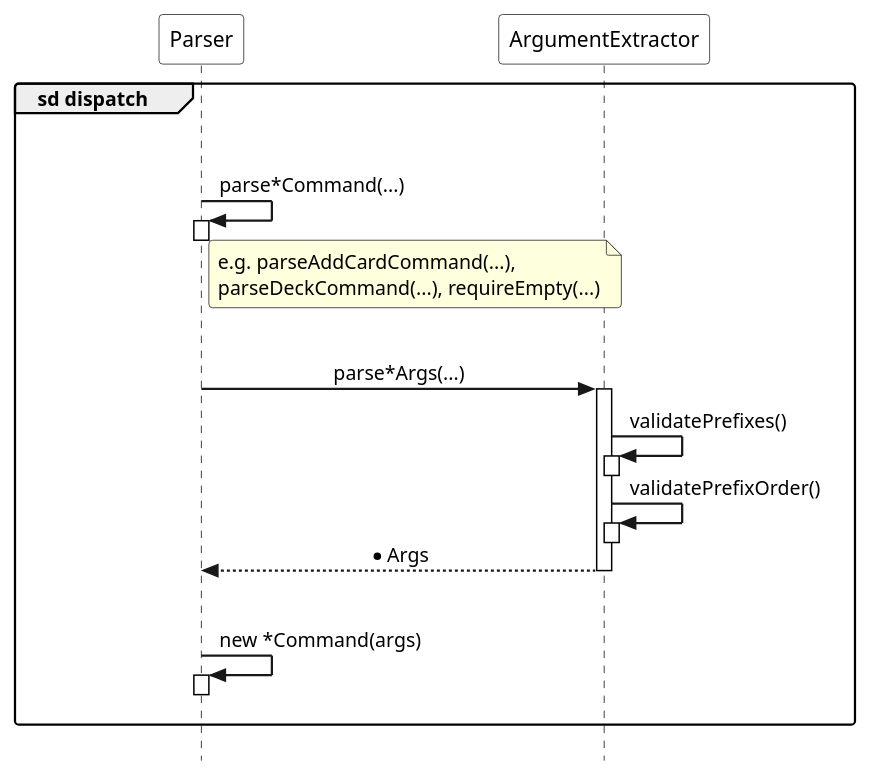
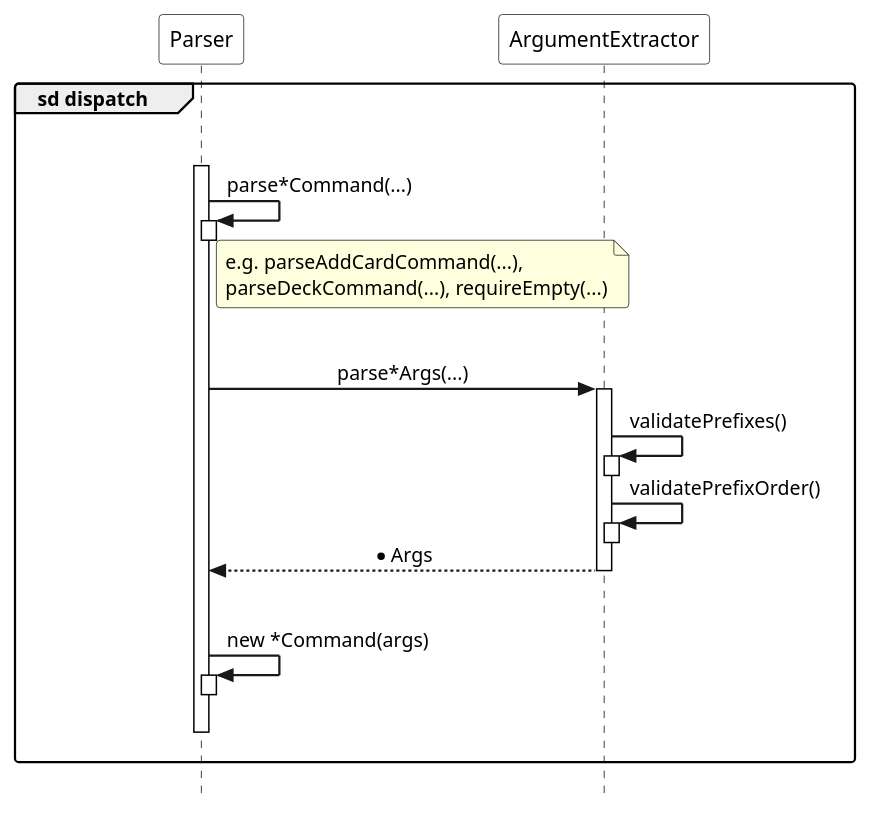
Before and after one commit to Advait-B/tp: the diagram in docs/diagrams/parser-dispatch.puml, drawn with PlantUML.

Commit message:
Add full activation bar in parser-dispatch.puml to show the self-invocation call more clearly

```diff
--- a/docs/diagrams/parser-dispatch.puml
+++ b/docs/diagrams/parser-dispatch.puml
@@ -1,48 +1,53 @@
 @startuml parser_dispatch
 !pragma teoz true
 hide footbox
 skinparam sequenceMessageAlign center
 skinparam ParticipantPadding 80
 skinparam style strictuml
 skinparam SequenceGroupBodyBackgroundColor transparent
 skinparam SequenceReferenceBackgroundColor white
 skinparam sequenceArrowThickness 1.5
 skinparam roundcorner 5
 skinparam SequenceBoxBackgroundColor transparent
 skinparam sequenceParticipantBackgroundColor white
 skinparam sequenceLifeLineBorderColor black
 
 hide unlinked
 
 group sd dispatch
     |||
+    activate Parser
+
     Parser -> Parser : parse*Command(...)
     activate Parser
     deactivate Parser
 
     note right of Parser : e.g. parseAddCardCommand(...),\nparseDeckCommand(...), requireEmpty(...)
 
     |||
 
     Parser -> ArgumentExtractor : parse*Args(...)
     activate ArgumentExtractor
 
     ArgumentExtractor -> ArgumentExtractor : validatePrefixes()
     activate ArgumentExtractor
     deactivate ArgumentExtractor
 
     ArgumentExtractor -> ArgumentExtractor : validatePrefixOrder()
     activate ArgumentExtractor
     deactivate ArgumentExtractor
 
     ArgumentExtractor --> Parser : *Args
     deactivate ArgumentExtractor
 
     |||
 
     Parser -> Parser : new *Command(args)
     activate Parser
     deactivate Parser
+
+    |||
+    deactivate Parser
     |||
 end
 @enduml
```
